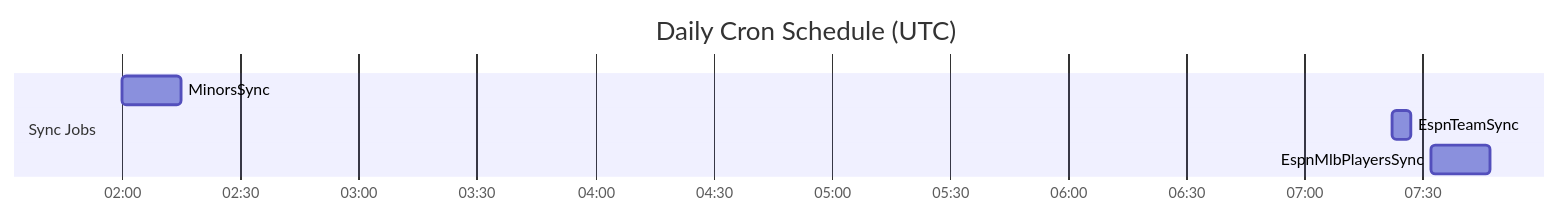
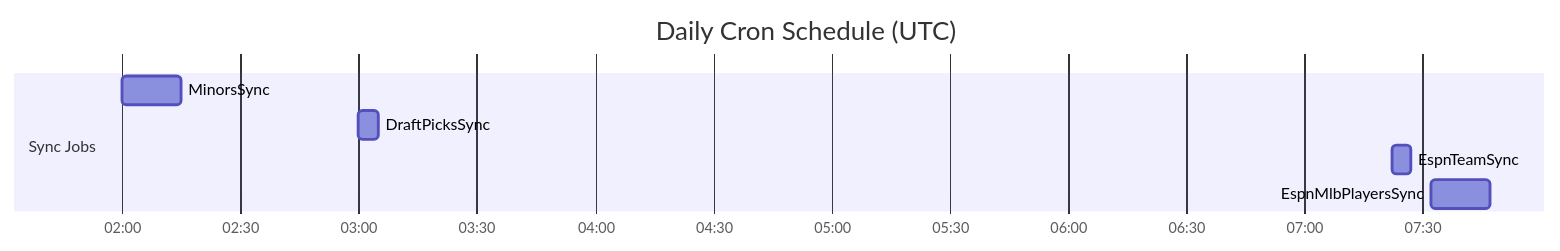
Before and after one commit to akosasante/TradeMachineEx: the second of 2 diagrams in docs/job-system.md, drawn with Mermaid. The commit also changed other lines of this file and 15 other files, not shown here.

First line of the commit message:
feat: Draft Picks Sync job (#21)

````diff
--- a/docs/job-system.md
+++ b/docs/job-system.md
@@ -74,11 +81,12 @@
 ```mermaid
 gantt
     title Daily Cron Schedule (UTC)
     dateFormat HH:mm
     axisFormat %H:%M
 
     section Sync Jobs
     MinorsSync           :02:00, 15m
+    DraftPicksSync       :03:00, 5m
     EspnTeamSync         :07:22, 5m
     EspnMlbPlayersSync   :07:32, 15m
 ```
````
